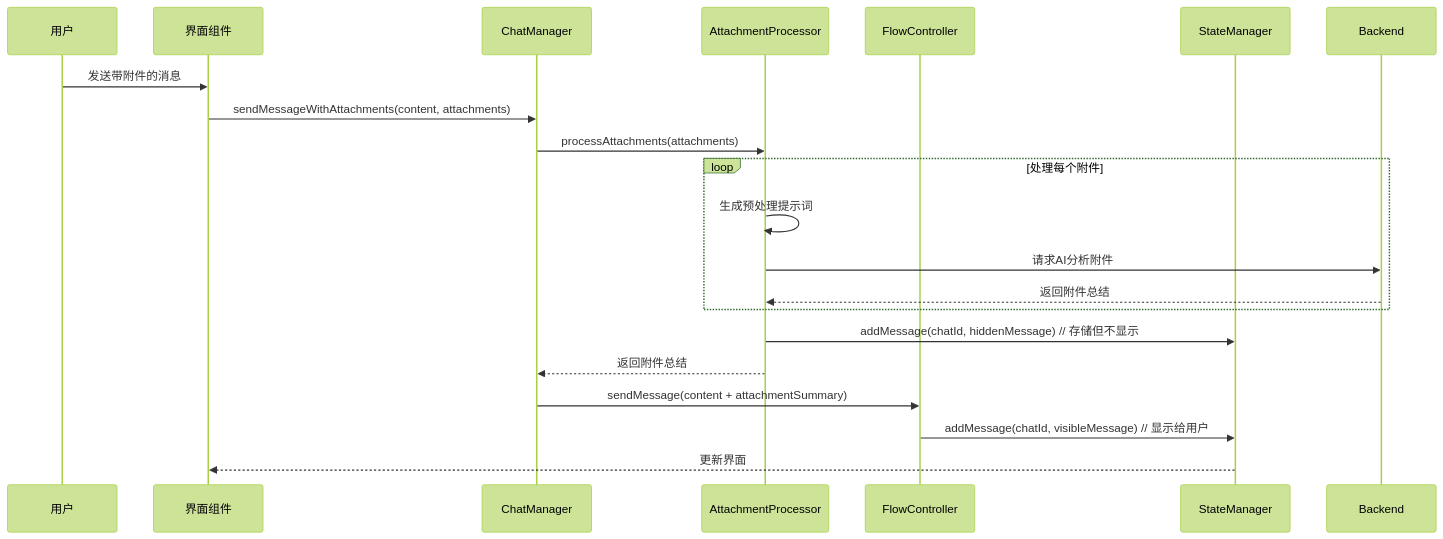
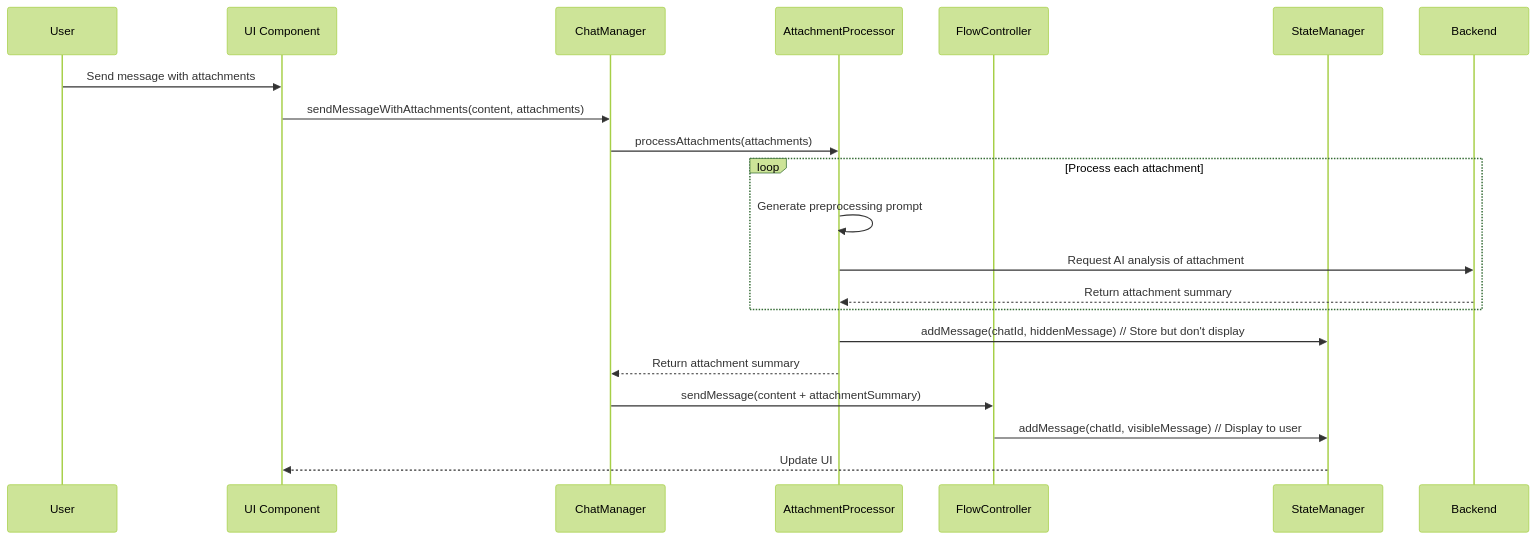
The fourth of 7 diagrams in docs/architecture/_archive/UNIFIED_CHAT_FLOW_ARCHITECTURE.md (bigduu/copilot_client_app), drawn with Mermaid (forest theme) before and after one commit. The commit also changed other lines of this file and 49 other files, not shown here.

````diff
--- a/docs/architecture/_archive/UNIFIED_CHAT_FLOW_ARCHITECTURE.md
+++ b/docs/architecture/_archive/UNIFIED_CHAT_FLOW_ARCHITECTURE.md
@@ -212,26 +212,26 @@
 ```mermaid
 sequenceDiagram
-    participant User as 用户
-    participant UI as 界面组件
+    participant User as User
+    participant UI as UI Component
     participant CM as ChatManager
     participant AP as AttachmentProcessor
     participant FC as FlowController
     participant SM as StateManager
 
-    User->>UI: 发送带附件的消息
+    User->>UI: Send message with attachments
     UI->>CM: sendMessageWithAttachments(content, attachments)
     CM->>AP: processAttachments(attachments)
-    
-    loop 处理每个附件
-        AP->>AP: 生成预处理提示词
-        AP->>Backend: 请求AI分析附件
-        Backend-->>AP: 返回附件总结
+
+    loop Process each attachment
+        AP->>AP: Generate preprocessing prompt
+        AP->>Backend: Request AI analysis of attachment
+        Backend-->>AP: Return attachment summary
     end
-    
-    AP->>SM: addMessage(chatId, hiddenMessage) // 存储但不显示
-    AP-->>CM: 返回附件总结
-    
+
+    AP->>SM: addMessage(chatId, hiddenMessage) // Store but don't display
+    AP-->>CM: Return attachment summary
+
     CM->>FC: sendMessage(content + attachmentSummary)
-    FC->>SM: addMessage(chatId, visibleMessage) // 显示给用户
-    SM-->>UI: 更新界面
+    FC->>SM: addMessage(chatId, visibleMessage) // Display to user
+    SM-->>UI: Update UI
 ```
````
